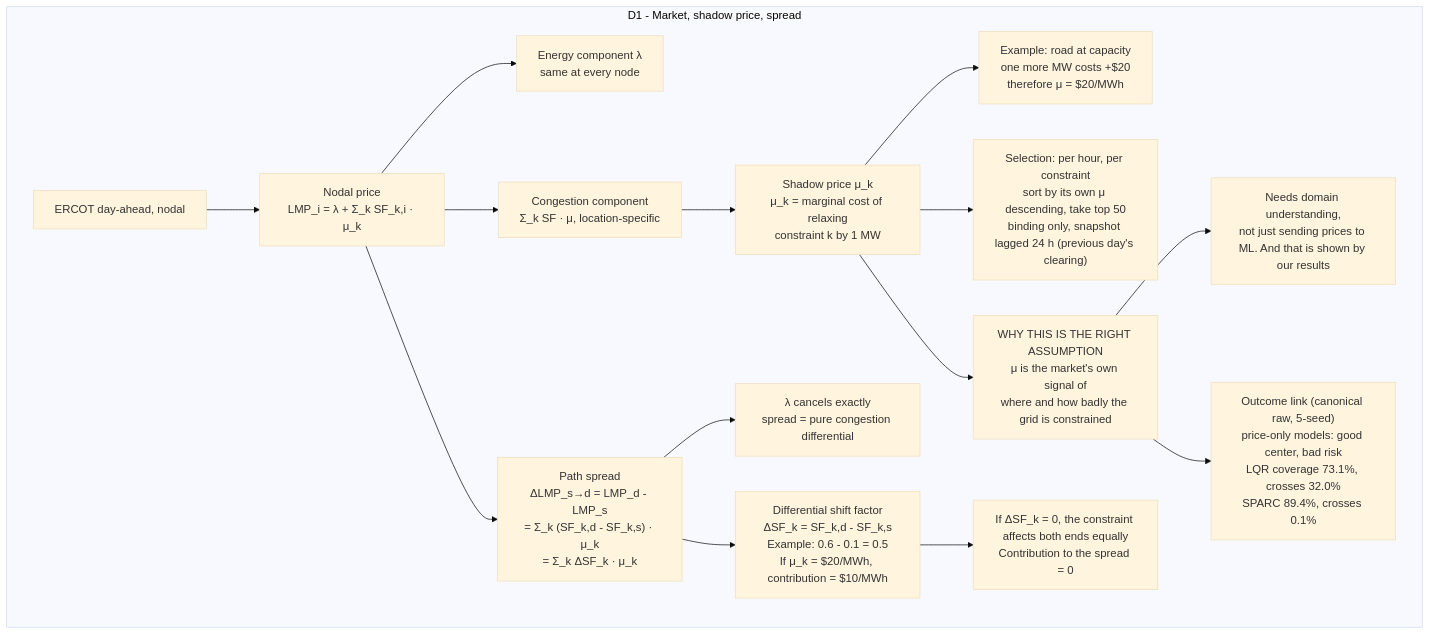
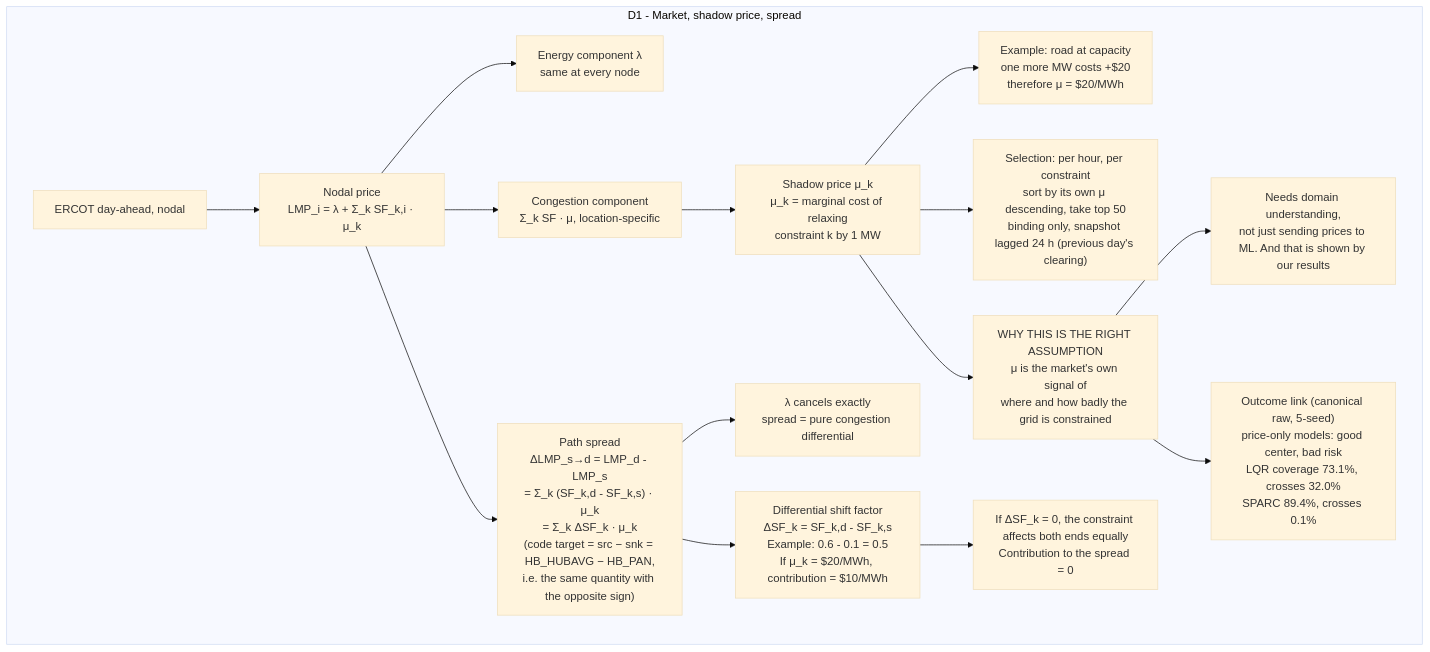
One commit to L1ZLe/ercot-casp-paper changed the diagram in docs/explanation/06-sparc-flow-02-G_D1.mmd. Above: the diagram before and after it, drawn with Mermaid (base theme). The commit also changed 44 other files, not shown here.

```diff
--- a/docs/explanation/06-sparc-flow-02-G_D1.mmd
+++ b/docs/explanation/06-sparc-flow-02-G_D1.mmd
@@ -1,16 +1,16 @@
 flowchart TD
 subgraph G_D1["D1 - Market, shadow price, spread"]
     M["ERCOT day-ahead, nodal"] --> P1["Nodal price<br/>LMP_i = λ + Σ_k SF_k,i · μ_k"]
     P1 --> P2["Energy component λ<br/>same at every node"]
     P1 --> P3["Congestion component<br/>Σ_k SF · μ, location-specific"]
     P3 --> SP["Shadow price μ_k<br/>μ_k = marginal cost of relaxing<br/>constraint k by 1 MW"]
     SP --> EX_D1["Example: road at capacity<br/>one more MW costs +$20<br/>therefore μ = $20/MWh"]
     SP --> TOPK["Selection: per hour, per constraint<br/>sort by its own μ descending, take top 50<br/>binding only, snapshot lagged 24 h (previous day's clearing)"]
-    P1 --> SPREAD["Path spread<br/>ΔLMP_s→d = LMP_d - LMP_s<br/>= Σ_k (SF_k,d - SF_k,s) · μ_k<br/>= Σ_k ΔSF_k · μ_k"]
+    P1 --> SPREAD["Path spread<br/>ΔLMP_s→d = LMP_d - LMP_s<br/>= Σ_k (SF_k,d - SF_k,s) · μ_k<br/>= Σ_k ΔSF_k · μ_k<br/>(code target = src − snk = HB_HUBAVG − HB_PAN,<br/>i.e. the same quantity with the opposite sign)"]
     SPREAD --> C1["λ cancels exactly<br/>spread = pure congestion differential"]
     SPREAD --> DSF_D1["Differential shift factor<br/>ΔSF_k = SF_k,d - SF_k,s<br/>Example: 0.6 - 0.1 = 0.5<br/>If μ_k = $20/MWh, contribution = $10/MWh"]
     DSF_D1 --> Z["If ΔSF_k = 0, the constraint affects both ends equally<br/>Contribution to the spread = 0"]
     SP --> ARG["WHY THIS IS THE RIGHT ASSUMPTION<br/>μ is the market's own signal of<br/>where and how badly the grid is constrained"]
     ARG --> DOM["Needs domain understanding,<br/>not just sending prices to ML. And that is shown by our results"]
     ARG --> LINK["Outcome link (canonical raw, 5-seed)<br/>price-only models: good center, bad risk<br/>LQR coverage 73.1%, crosses 32.0%<br/>SPARC 89.4%, crosses 0.1%"]
   end
```
